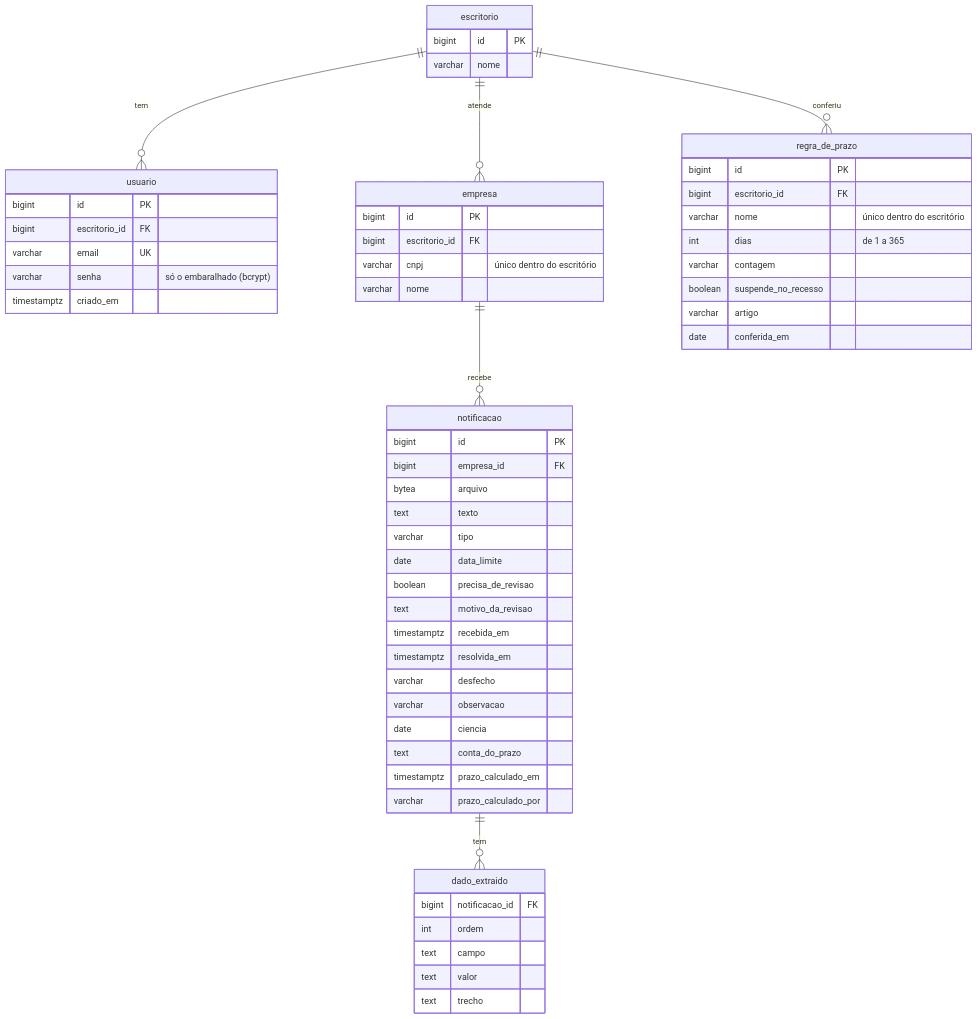
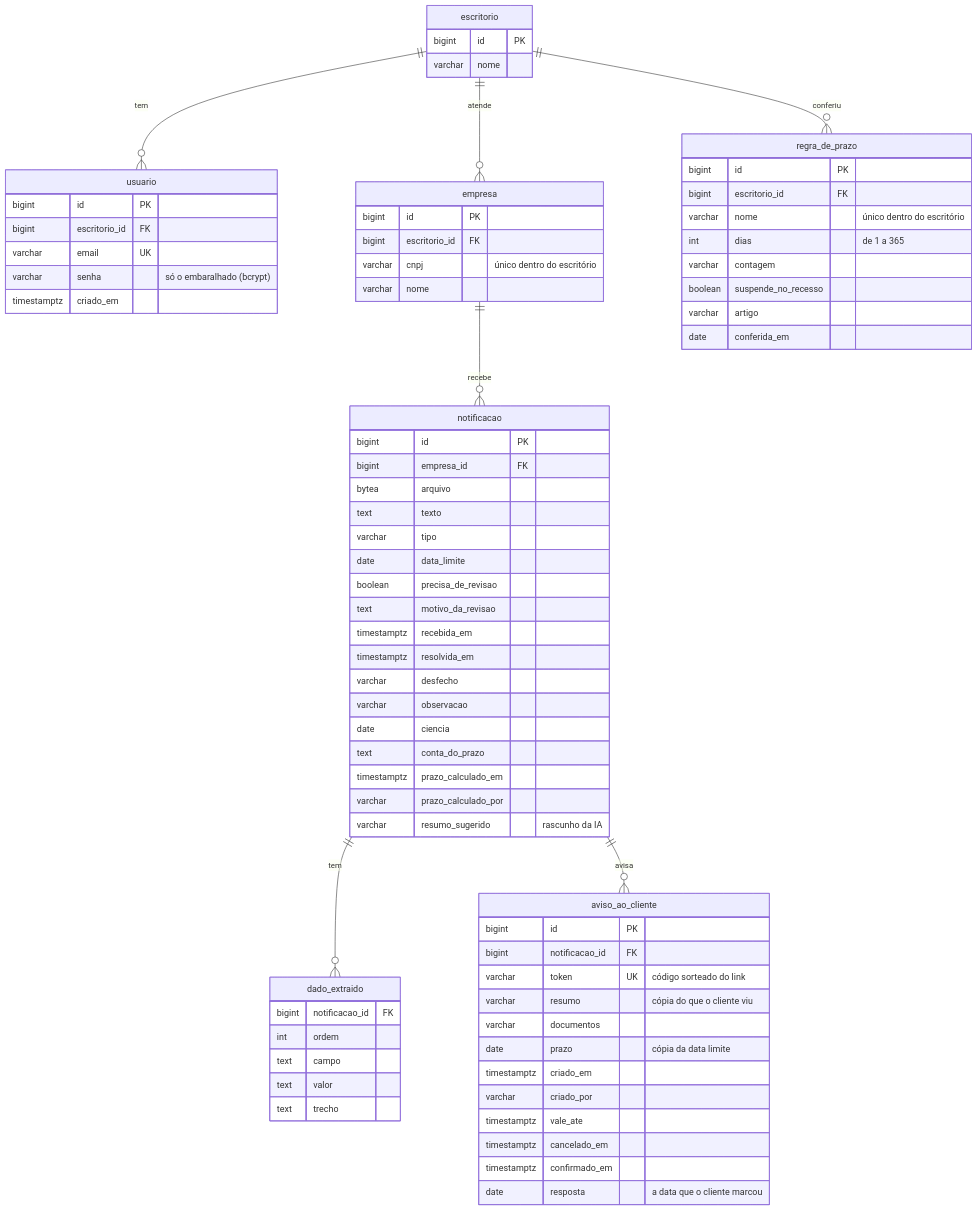
The ninth of 9 diagrams in docs/04-arquitetura/arquitetura.md (namtech-agents/atalaia), drawn with Mermaid before and after one commit. The commit also changed other lines of this file and 1 other file, not shown here.

Commit message:
docs: arquitetura e README com o aviso ao cliente, o resumo sugerido e as migrações V9 e V10

````diff
--- a/docs/04-arquitetura/arquitetura.md
+++ b/docs/04-arquitetura/arquitetura.md
@@ -497,61 +568,77 @@
 ```mermaid
 erDiagram
     escritorio ||--o{ usuario : "tem"
     escritorio ||--o{ empresa : "atende"
     escritorio ||--o{ regra_de_prazo : "conferiu"
     empresa ||--o{ notificacao : "recebe"
     notificacao ||--o{ dado_extraido : "tem"
+    notificacao ||--o{ aviso_ao_cliente : "avisa"
 
     escritorio {
         bigint id PK
         varchar nome
     }
     usuario {
         bigint id PK
         bigint escritorio_id FK
         varchar email UK
         varchar senha "só o embaralhado (bcrypt)"
         timestamptz criado_em
     }
     empresa {
         bigint id PK
         bigint escritorio_id FK
         varchar cnpj "único dentro do escritório"
         varchar nome
     }
     notificacao {
         bigint id PK
         bigint empresa_id FK
         bytea arquivo
         text texto
         varchar tipo
         date data_limite
         boolean precisa_de_revisao
         text motivo_da_revisao
         timestamptz recebida_em
         timestamptz resolvida_em
         varchar desfecho
         varchar observacao
         date ciencia
         text conta_do_prazo
         timestamptz prazo_calculado_em
         varchar prazo_calculado_por
+        varchar resumo_sugerido "rascunho da IA"
+    }
+    aviso_ao_cliente {
+        bigint id PK
+        bigint notificacao_id FK
+        varchar token UK "código sorteado do link"
+        varchar resumo "cópia do que o cliente viu"
+        varchar documentos
+        date prazo "cópia da data limite"
+        timestamptz criado_em
+        varchar criado_por
+        timestamptz vale_ate
+        timestamptz cancelado_em
+        timestamptz confirmado_em
+        date resposta "a data que o cliente marcou"
     }
     regra_de_prazo {
         bigint id PK
         bigint escritorio_id FK
         varchar nome "único dentro do escritório"
         int dias "de 1 a 365"
         varchar contagem
         boolean suspende_no_recesso
         varchar artigo
         date conferida_em
     }
     dado_extraido {
         bigint notificacao_id FK
         int ordem
         text campo
         text valor
         text trecho
     }
 ```
````
